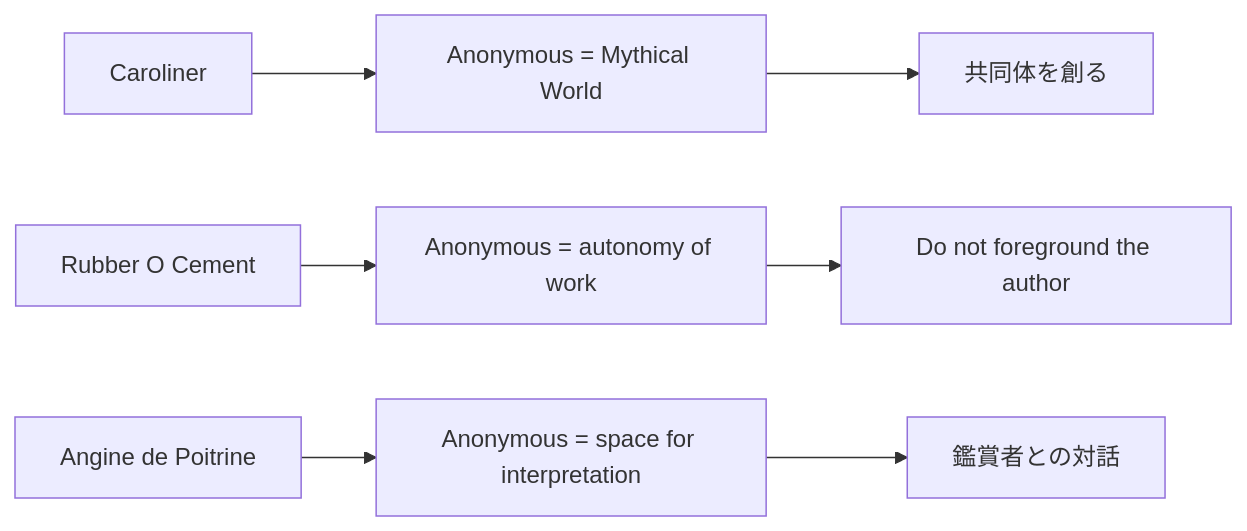
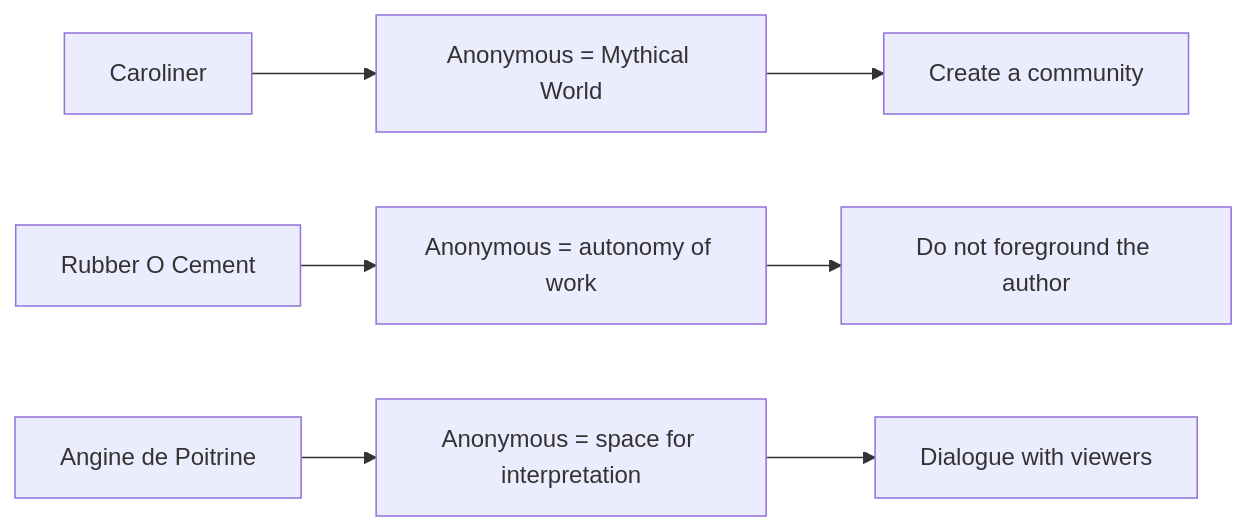
Before and after one commit to monumental-movement/monumental-movement.github.io: the eighth of 9 diagrams in en/_posts/2026-07-07-column-angine-de-poitrine-caroliner-rubber-o-cement.md, drawn with Mermaid. The commit also changed other lines of this file and 851 other files, not shown here.

```diff
--- a/en/_posts/2026-07-07-column-angine-de-poitrine-caroliner-rubber-o-cement.md
+++ b/en/_posts/2026-07-07-column-angine-de-poitrine-caroliner-rubber-o-cement.md
@@ -811,20 +811,20 @@
 <div class="mermaid">
 flowchart LR
 
 A["Caroliner"]
 B["Anonymous = Mythical World"]
-C["共同体を創る"]
+C["Create a community"]
 
 D["Rubber O Cement"]
 E["Anonymous = autonomy of work"]
 F["Do not foreground the author"]
 
 G["Angine de Poitrine"]
 H["Anonymous = space for interpretation"]
-I["鑑賞者との対話"]
+I["Dialogue with viewers"]
 
 A --> B --> C
 D --> E --> F
 G --> H --> I
 
 </div>
```
